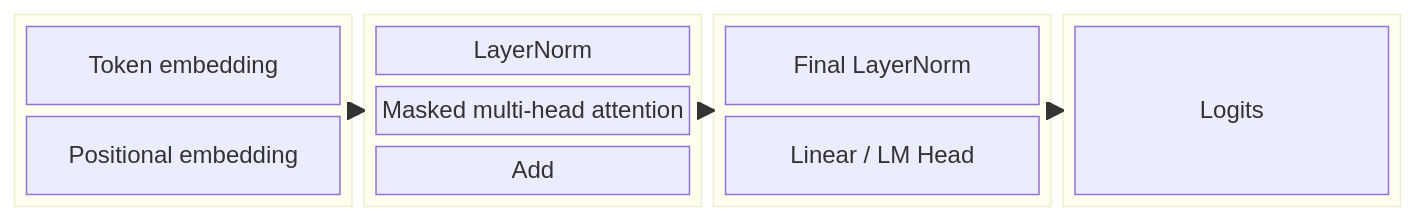
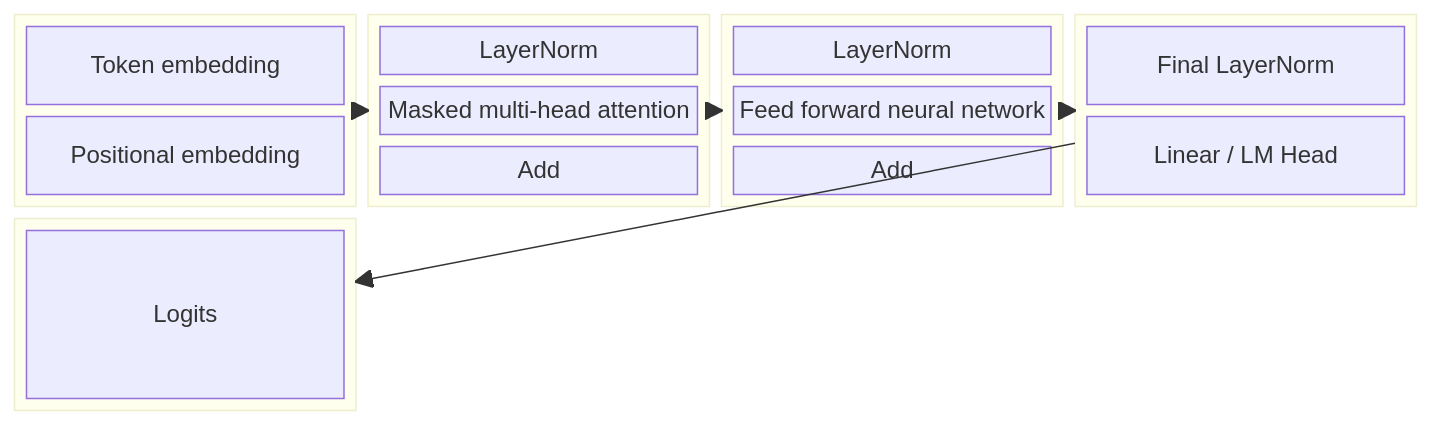
One commit to ChrisZhu2050/chriszhu2050.github.io changed diagram 19 of 19 in index.md. Above: the diagram before and after it, drawn with Mermaid.

````diff
--- a/index.md
+++ b/index.md
@@ -532,29 +532,36 @@
       ```mermaid
           block
           columns 4
           block:group1:1
             columns 1
             a["Token embedding"]
             b["Positional embedding"]
           end
           block:group2:1
             columns 1
             LayerNorm
             c["Masked multi-head attention"]
             Add
           end
           block:group3:1
             columns 1
-            d["Final LayerNorm"]
-            e["Linear / LM Head"]
+            d["LayerNorm"]
+            e["Feed forward neural network"]
+            h["Add"]
+          end
+          block:group4:1
+            columns 1
+            f["Final LayerNorm"]
+            g["Linear / LM Head"]
             Add
           end
-          block:group4:1
+          block:group5:1
             columns 1
             Logits
           end
           group1 --> group2
           group2 --> group3
           group3 --> group4
+          group4 --> group5
 
       ```
````
